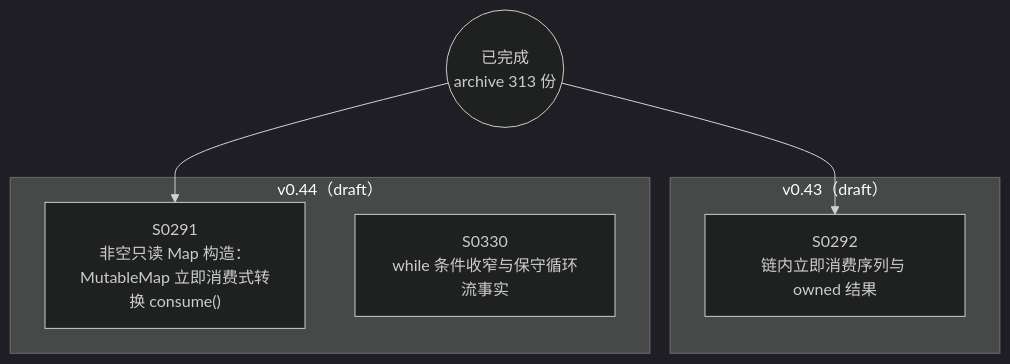
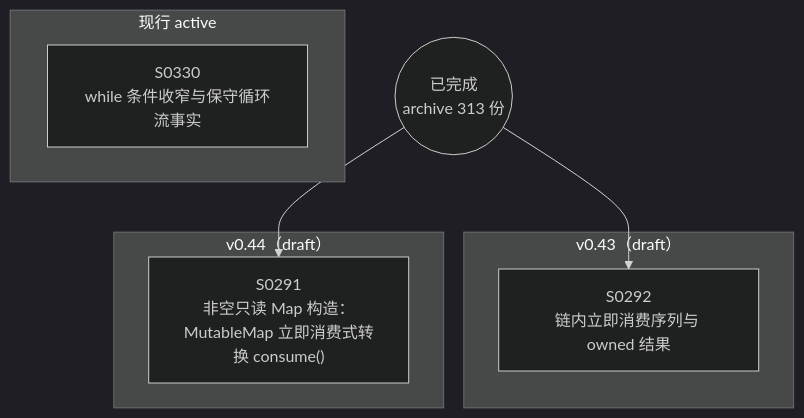
One commit to Halckon/Koven changed the diagram in docs/specs/dependency-graph.md. Above: the diagram before and after it, drawn with Mermaid (dark theme). The commit also changed other lines of this file and 9 other files, not shown here.

Commit message:
docs(spec): activate conservative while flow implementation

````diff
--- a/docs/specs/dependency-graph.md
+++ b/docs/specs/dependency-graph.md
@@ -9,13 +9,15 @@
 ```mermaid
 flowchart TD
 ARCH(("已完成<br/>archive 313 份"))
+subgraph Gactive["现行 active"]
+  S0330["S0330<br/>while 条件收窄与保守循环流事实"]
+end
 subgraph Gdrafts_v043["v0.43（draft）"]
   S0292["S0292<br/>链内立即消费序列与 owned 结果"]
 end
 subgraph Gdrafts_v044["v0.44（draft）"]
   S0291["S0291<br/>非空只读 Map 构造：MutableMap 立即消费式转换 consume()"]
-  S0330["S0330<br/>while 条件收窄与保守循环流事实"]
 end
 ARCH --> S0291
 ARCH --> S0292
 ```
````
